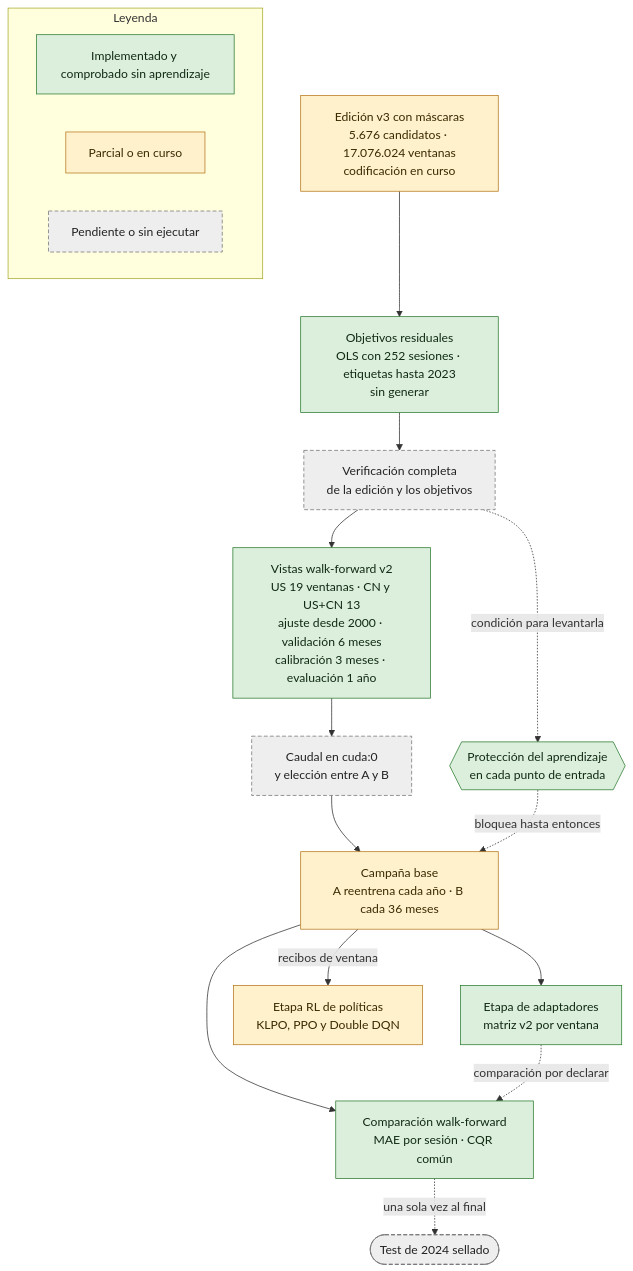
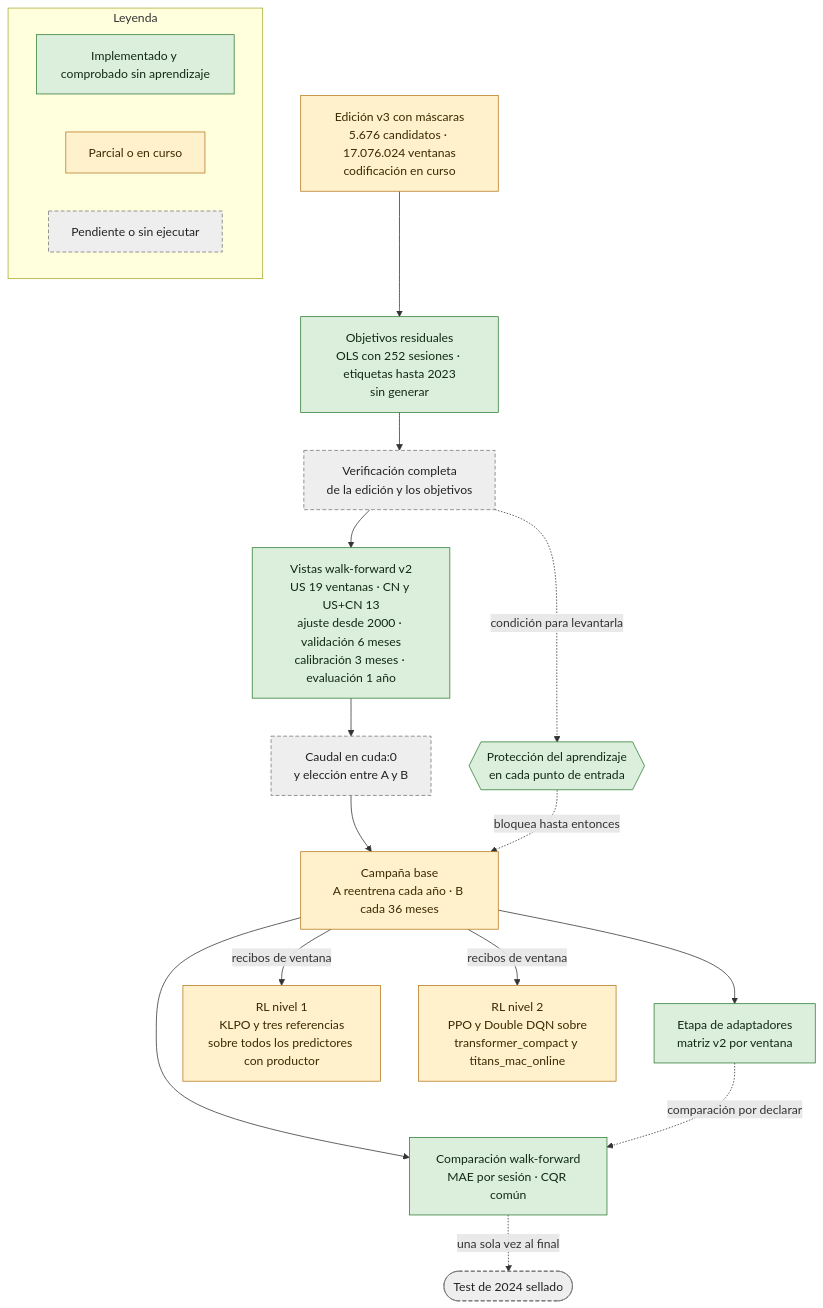
Before and after one commit to GonxKZ/mars-titan: the first of 3 diagrams in README.md, drawn with Mermaid. The commit also changed other lines of this file and 3 other files, not shown here.

````diff
--- a/README.md
+++ b/README.md
@@ -31,33 +31,35 @@
 ```mermaid
 flowchart TD
     E["Edición v3 con máscaras<br/>5.676 candidatos · 17.076.024 ventanas<br/>codificación en curso"]:::parcial
     O["Objetivos residuales<br/>OLS con 252 sesiones · etiquetas hasta 2023<br/>sin generar"]:::comprobado
     V["Verificación completa<br/>de la edición y los objetivos"]:::pendiente
     H{{"Protección del aprendizaje<br/>en cada punto de entrada"}}:::comprobado
     W["Vistas walk-forward v2<br/>US 19 ventanas · CN y US+CN 13<br/>ajuste desde 2000 · validación 6 meses<br/>calibración 3 meses · evaluación 1 año"]:::comprobado
     Q["Caudal en cuda:0<br/>y elección entre A y B"]:::pendiente
     B["Campaña base<br/>A reentrena cada año · B cada 36 meses"]:::parcial
     P["Etapa de adaptadores<br/>matriz v2 por ventana"]:::comprobado
-    R["Etapa RL de políticas<br/>KLPO, PPO y Double DQN"]:::parcial
+    R1["RL nivel 1<br/>KLPO y tres referencias<br/>sobre todos los predictores con productor"]:::parcial
+    R2["RL nivel 2<br/>PPO y Double DQN sobre<br/>transformer_compact y titans_mac_online"]:::parcial
     C["Comparación walk-forward<br/>MAE por sesión · CQR común"]:::comprobado
     T(["Test de 2024 sellado"]):::pendiente
 
     E --> O --> V --> W --> Q --> B
     V -. condición para levantarla .-> H
     H -. bloquea hasta entonces .-> B
     B --> P
-    B -- recibos de ventana --> R
+    B -- recibos de ventana --> R1
+    B -- recibos de ventana --> R2
     B --> C
     P -. comparación por declarar .-> C
     C -. una sola vez al final .-> T
 
     subgraph LEY["Leyenda"]
         L1["Implementado y comprobado sin aprendizaje"]:::comprobado
         L2["Parcial o en curso"]:::parcial
         L3["Pendiente o sin ejecutar"]:::pendiente
     end
 
     classDef comprobado fill:#dcefdc,stroke:#2e7d32,color:#102a12
     classDef parcial fill:#fff1cc,stroke:#b7791f,color:#3a2a00
     classDef pendiente fill:#eeeeee,stroke:#757575,color:#222222,stroke-dasharray:5 3
 ```
````
